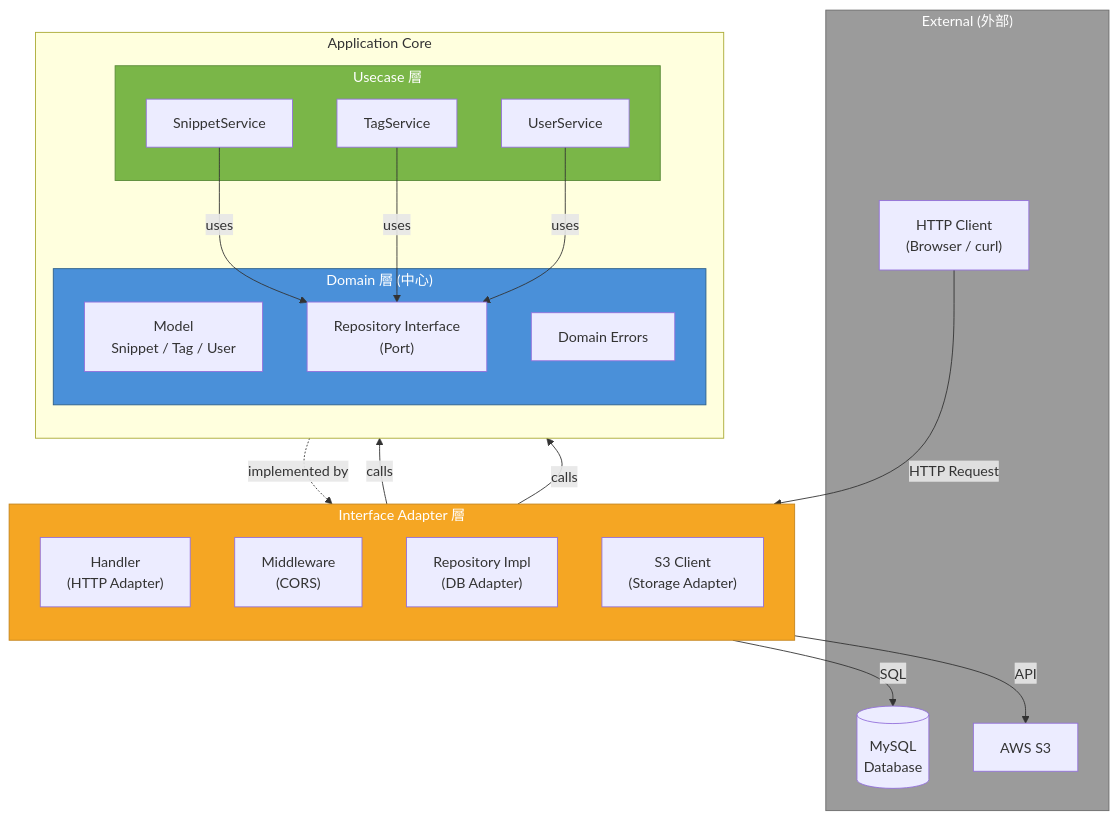
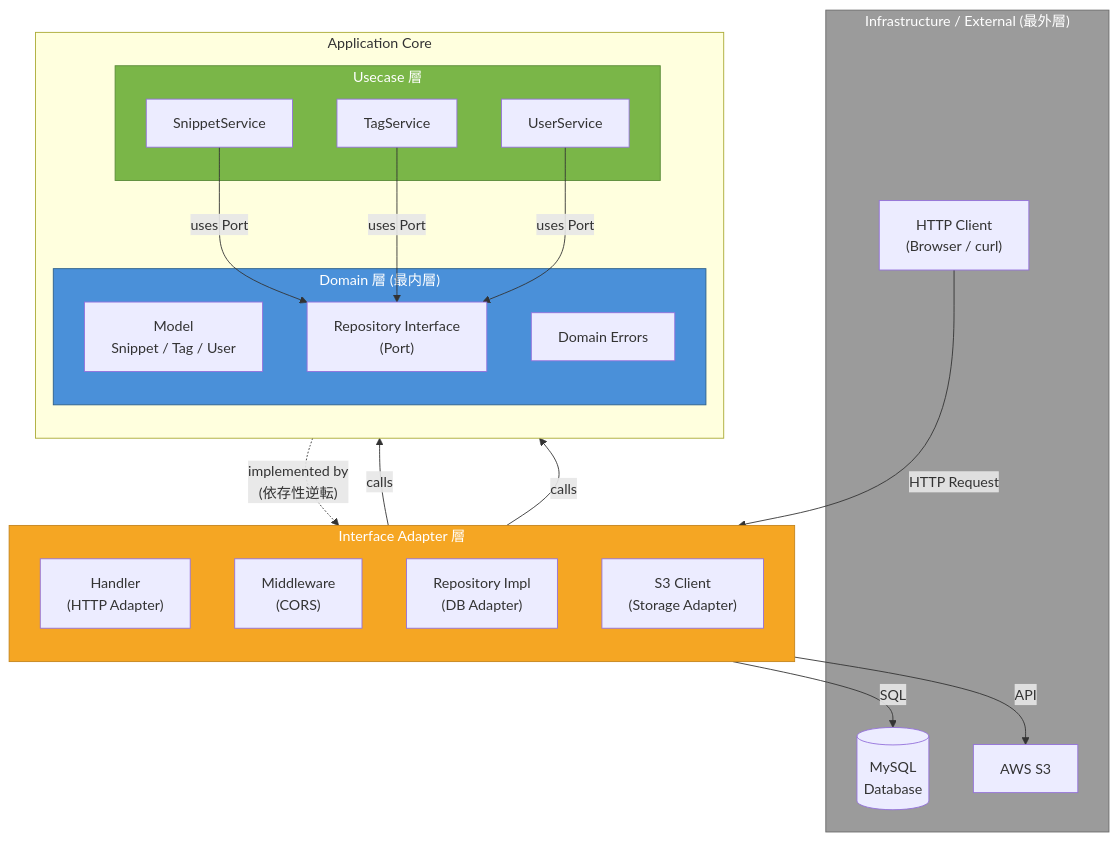
One commit to fyk7/code-snippets-app-sample changed the first of 4 diagrams in README.md. Above: the diagram before and after it, drawn with Mermaid. The commit also changed other lines of this file, not shown here.

````diff
--- a/README.md
+++ b/README.md
@@ -13,45 +13,45 @@
 ```mermaid
 graph TB
-    subgraph External["External (外部)"]
+    subgraph External["Infrastructure / External (最外層)"]
         CLIENT["HTTP Client<br/>(Browser / curl)"]
         MYSQL[("MySQL<br/>Database")]
         S3["AWS S3"]
     end
 
     subgraph Adapters["Interface Adapter 層"]
         direction TB
         HANDLER["Handler<br/>(HTTP Adapter)"]
         MIDDLEWARE["Middleware<br/>(CORS)"]
         REPO_IMPL["Repository Impl<br/>(DB Adapter)"]
         S3_CLIENT["S3 Client<br/>(Storage Adapter)"]
     end
 
     subgraph Core["Application Core"]
         direction TB
         subgraph Usecase["Usecase 層"]
             SNIPPET_SVC["SnippetService"]
             TAG_SVC["TagService"]
             USER_SVC["UserService"]
         end
-        subgraph Domain["Domain 層 (中心)"]
+        subgraph Domain["Domain 層 (最内層)"]
             MODEL["Model<br/>Snippet / Tag / User"]
             REPO_IF["Repository Interface<br/>(Port)"]
             ERRORS["Domain Errors"]
         end
     end
 
     CLIENT -->|"HTTP Request"| HANDLER
     HANDLER -->|"calls"| SNIPPET_SVC
     HANDLER -->|"calls"| TAG_SVC
-    SNIPPET_SVC -->|"uses"| REPO_IF
-    TAG_SVC -->|"uses"| REPO_IF
-    USER_SVC -->|"uses"| REPO_IF
-    REPO_IF -.->|"implemented by"| REPO_IMPL
+    SNIPPET_SVC -->|"uses Port"| REPO_IF
+    TAG_SVC -->|"uses Port"| REPO_IF
+    USER_SVC -->|"uses Port"| REPO_IF
+    REPO_IF -.->|"implemented by<br/>(依存性逆転)"| REPO_IMPL
     REPO_IMPL -->|"SQL"| MYSQL
     S3_CLIENT -->|"API"| S3
 
     style Domain fill:#4a90d9,stroke:#2c5f8a,color:#fff
     style Usecase fill:#7ab648,stroke:#5a8a38,color:#fff
     style Adapters fill:#f5a623,stroke:#c4841c,color:#fff
     style External fill:#9b9b9b,stroke:#6b6b6b,color:#fff
 ```
````
